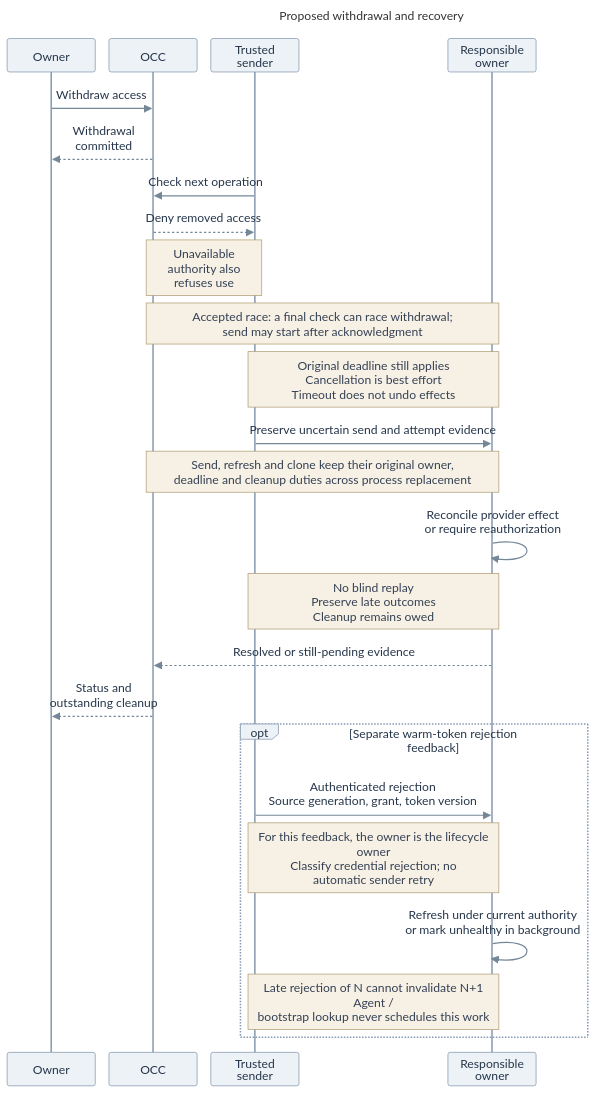
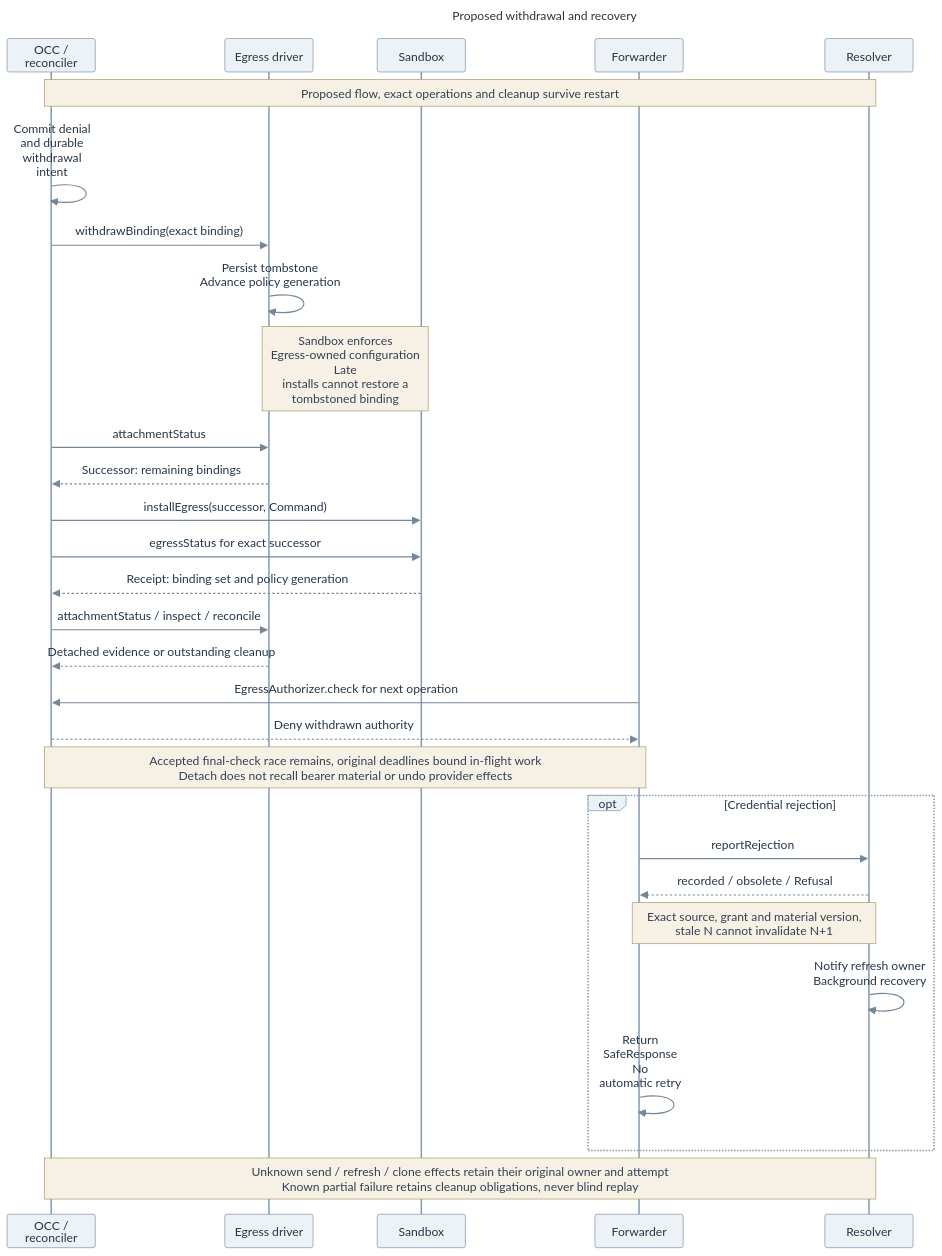
Before and after one commit to freeqaz-openai/openclaw-enterprise: the diagram in specs/rfcs/0019-egress-proxy-credential-lifecycle/assets/revocation-recovery.mmd, drawn with Mermaid. The commit also changed 22 other files, not shown here.

Commit message:
docs(rfc): define replacement egress and credential interfaces

```diff
--- a/specs/rfcs/0019-egress-proxy-credential-lifecycle/assets/revocation-recovery.mmd
+++ b/specs/rfcs/0019-egress-proxy-credential-lifecycle/assets/revocation-recovery.mmd
@@ -1,51 +1,57 @@
 ---
 title: "Proposed withdrawal and recovery"
 config:
   theme: base
+  htmlLabels: true
   themeVariables:
     fontFamily: "Arial, sans-serif"
     fontSize: "16px"
     actorBkg: "#EDF2F7"
     actorBorder: "#879AB0"
     actorTextColor: "#25364A"
     noteBkgColor: "#F7F1E5"
     noteBorderColor: "#B3A078"
     noteTextColor: "#344054"
     signalColor: "#748798"
     signalTextColor: "#25364A"
   sequence:
     useMaxWidth: false
     actorMargin: 18
     width: 116
     height: 44
     diagramMarginX: 12
     diagramMarginY: 12
     messageMargin: 16
     noteMargin: 8
     mirrorActors: true
     wrap: true
 ---
 sequenceDiagram
-  participant O as Owner
-  participant C as OCC
-  participant S as Trusted sender
-  participant R as Responsible owner
-  O->>C: Withdraw access
-  C-->>O: Withdrawal committed
-  S->>C: Check next operation
-  C-->>S: Deny removed access
-  Note over C,S: Unavailable authority also refuses use
-  Note over C,R: Accepted race: a final check can race withdrawal#59;<br/>send may start after acknowledgment
-  Note over S,R: Original deadline still applies<br/>Cancellation is best effort<br/>Timeout does not undo effects
-  S->>R: Preserve uncertain send and attempt evidence
-  Note over C,R: Send, refresh and clone keep their original owner,<br/>deadline and cleanup duties across process replacement
-  R->>R: Reconcile provider effect<br/>or require reauthorization
-  Note over S,R: No blind replay<br/>Preserve late outcomes<br/>Cleanup remains owed
-  R-->>C: Resolved or still-pending evidence
-  C-->>O: Status and outstanding cleanup
-  opt Separate warm-token rejection feedback
-    S->>R: Authenticated rejection<br/>Source generation, grant, token version
-    Note over S,R: For this feedback, the owner is the lifecycle owner<br/>Classify credential rejection#59; no automatic sender retry
-    R->>R: Refresh under current authority<br/>or mark unhealthy in background
-    Note over S,R: Late rejection of N cannot invalidate N+1<br/>Agent / bootstrap lookup never schedules this work
+  participant C as OCC / reconciler
+  participant E as Egress driver
+  participant B as Sandbox
+  participant F as Forwarder
+  participant R as Resolver
+  Note over C,R: Proposed flow, exact operations and cleanup survive restart
+  C->>C: Commit denial and durable withdrawal intent
+  C->>E: withdrawBinding(exact binding)
+  E->>E: Persist tombstone<br/>Advance policy generation
+  Note over E,B: Sandbox enforces Egress-owned configuration<br/>Late installs cannot restore a tombstoned binding
+  C->>E: attachmentStatus
+  E-->>C: Successor: remaining bindings
+  C->>B: installEgress(successor, Command)
+  C->>B: egressStatus for exact successor
+  B-->>C: Receipt: binding set and policy generation
+  C->>E: attachmentStatus / inspect / reconcile
+  E-->>C: Detached evidence or outstanding cleanup
+  F->>C: EgressAuthorizer.check for next operation
+  C-->>F: Deny withdrawn authority
+  Note over C,F: Accepted final-check race remains, original deadlines bound in-flight work<br/>Detach does not recall bearer material or undo provider effects
+  opt Credential rejection
+    F->>R: reportRejection
+    R-->>F: recorded / obsolete / Refusal
+    Note over F,R: Exact source, grant and material version, stale N cannot invalidate N+1
+    R->>R: Notify refresh owner<br/>Background recovery
+    F->>F: Return SafeResponse<br/>No automatic retry
   end
+  Note over C,R: Unknown send / refresh / clone effects retain their original owner and attempt<br/>Known partial failure retains cleanup obligations, never blind replay
```
